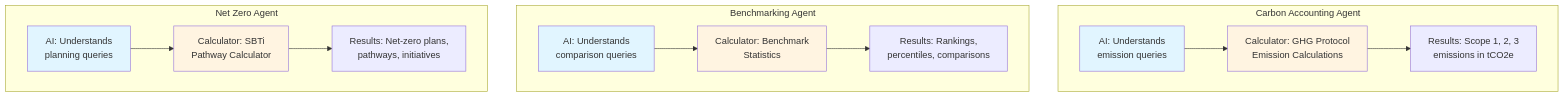
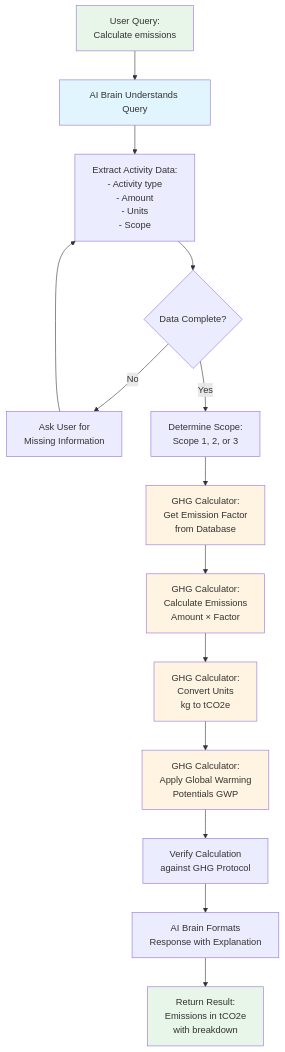
The second of 6 diagrams in AGENTS.md (VaibhavYadavAntino/Fitsol), drawn with Mermaid before and after one commit. The commit also changed other lines of this file, not shown here.

````diff
--- a/AGENTS.md
+++ b/AGENTS.md
@@ -96,30 +153,29 @@
 ```mermaid
-graph TB
-    subgraph "Carbon Accounting Agent"
-        CA_AI[AI: Understands<br/>emission queries]
-        CA_CALC[Calculator: GHG Protocol<br/>Emission Calculations]
-        CA_AI --> CA_CALC
-        CA_CALC --> CA_RESULT[Results: Scope 1, 2, 3<br/>emissions in tCO2e]
-    end
+flowchart TD
+    START[User Query:<br/>Calculate emissions] --> UNDERSTAND[AI Brain Understands Query]
+    UNDERSTAND --> EXTRACT[Extract Activity Data:<br/>- Activity type<br/>- Amount<br/>- Units<br/>- Scope]
     
-    subgraph "Benchmarking Agent"
-        BA_AI[AI: Understands<br/>comparison queries]
-        BA_CALC[Calculator: Benchmark<br/>Statistics]
-        BA_AI --> BA_CALC
-        BA_CALC --> BA_RESULT[Results: Rankings,<br/>percentiles, comparisons]
-    end
+    EXTRACT --> VALIDATE{Data Complete?}
+    VALIDATE -->|No| CLARIFY[Ask User for<br/>Missing Information]
+    CLARIFY --> EXTRACT
     
-    subgraph "Net Zero Agent"
-        NZ_AI[AI: Understands<br/>planning queries]
-        NZ_CALC[Calculator: SBTi<br/>Pathway Calculator]
-        NZ_AI --> NZ_CALC
-        NZ_CALC --> NZ_RESULT[Results: Net-zero plans,<br/>pathways, initiatives]
-    end
+    VALIDATE -->|Yes| SCOPE[Determine Scope:<br/>Scope 1, 2, or 3]
     
-    style CA_AI fill:#e1f5ff
-    style CA_CALC fill:#fff4e1
-    style BA_AI fill:#e1f5ff
-    style BA_CALC fill:#fff4e1
-    style NZ_AI fill:#e1f5ff
-    style NZ_CALC fill:#fff4e1
+    SCOPE --> GET_FACTOR[GHG Calculator:<br/>Get Emission Factor<br/>from Database]
+    GET_FACTOR --> CALCULATE[GHG Calculator:<br/>Calculate Emissions<br/>Amount × Factor]
+    
+    CALCULATE --> CONVERT[GHG Calculator:<br/>Convert Units<br/>kg to tCO2e]
+    CONVERT --> APPLY_GWP[GHG Calculator:<br/>Apply Global Warming<br/>Potentials GWP]
+    
+    APPLY_GWP --> VERIFY[Verify Calculation<br/>against GHG Protocol]
+    VERIFY --> FORMAT[AI Brain Formats<br/>Response with Explanation]
+    FORMAT --> RESULT[Return Result:<br/>Emissions in tCO2e<br/>with breakdown]
+    
+    style START fill:#e8f5e9
+    style UNDERSTAND fill:#e1f5ff
+    style GET_FACTOR fill:#fff4e1
+    style CALCULATE fill:#fff4e1
+    style CONVERT fill:#fff4e1
+    style APPLY_GWP fill:#fff4e1
+    style RESULT fill:#e8f5e9
 ```
````
